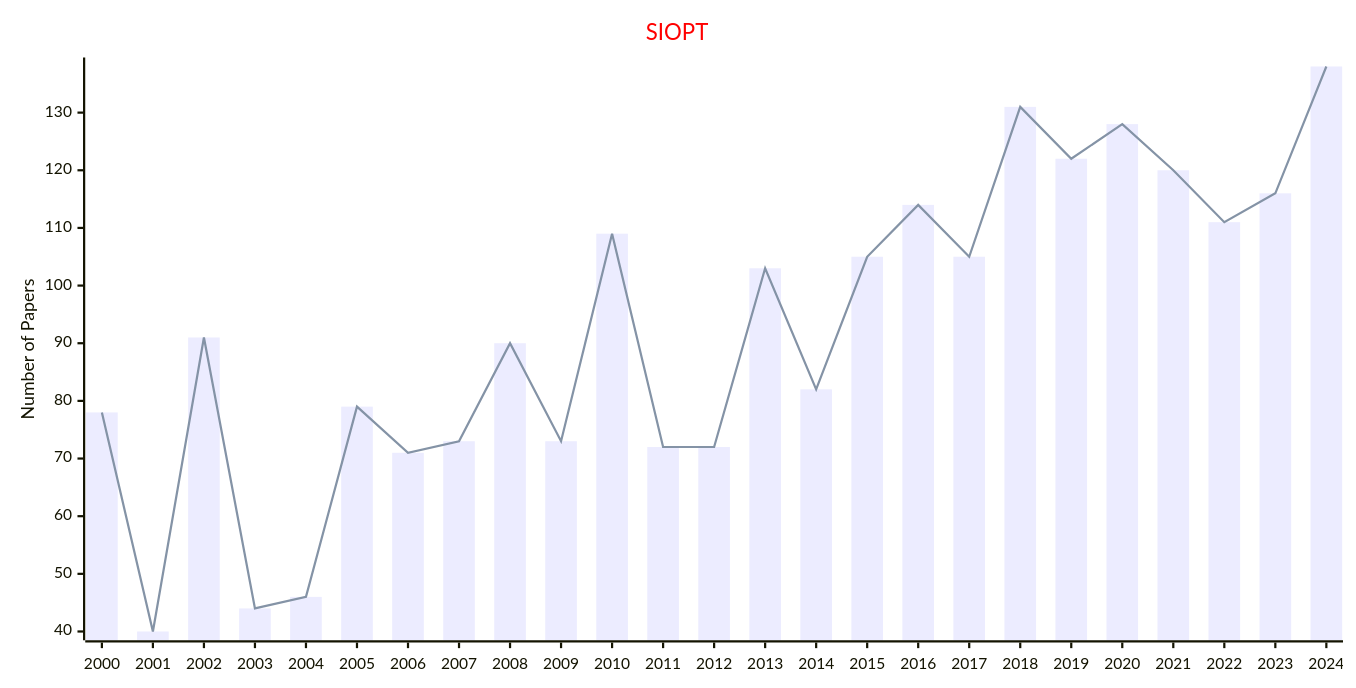
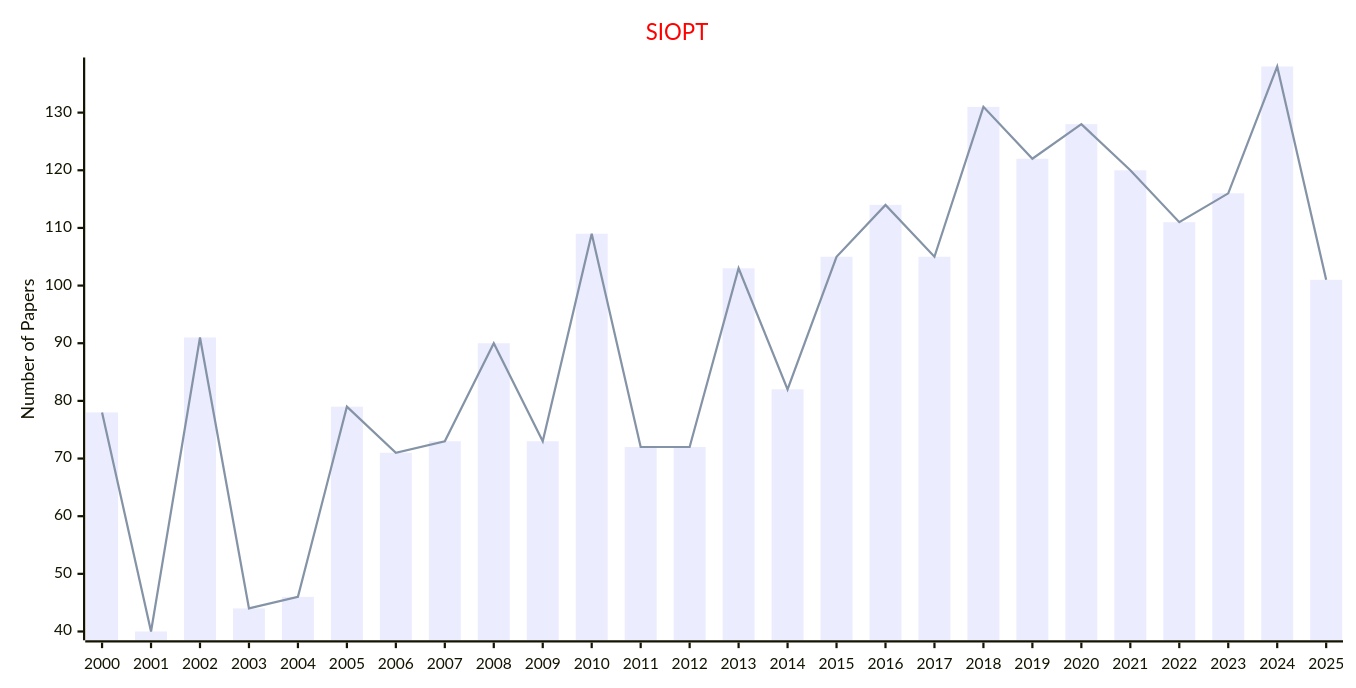
The fourth of 11 diagrams in docs/data/Journals/Statistics_Journals/Optimization.md (Easy-PhD/AILinks), drawn with Mermaid before and after one commit. The commit also changed other lines of this file and 93 other files, not shown here.

````diff
--- a/docs/data/Journals/Statistics_Journals/Optimization.md
+++ b/docs/data/Journals/Statistics_Journals/Optimization.md
@@ -81,17 +81,17 @@
 ```mermaid
 ---
 config:
     xyChart:
         width: 1200
         height: 600
     themeVariables:
         xyChart:
             titleColor: "#ff0000"
 ---
 xychart-beta
     title "SIOPT"
-    x-axis [2000, 2001, 2002, 2003, 2004, 2005, 2006, 2007, 2008, 2009, 2010, 2011, 2012, 2013, 2014, 2015, 2016, 2017, 2018, 2019, 2020, 2021, 2022, 2023, 2024]
+    x-axis [2000, 2001, 2002, 2003, 2004, 2005, 2006, 2007, 2008, 2009, 2010, 2011, 2012, 2013, 2014, 2015, 2016, 2017, 2018, 2019, 2020, 2021, 2022, 2023, 2024, 2025]
     y-axis "Number of Papers"
-    bar [78, 40, 91, 44, 46, 79, 71, 73, 90, 73, 109, 72, 72, 103, 82, 105, 114, 105, 131, 122, 128, 120, 111, 116, 138]
-    line [78, 40, 91, 44, 46, 79, 71, 73, 90, 73, 109, 72, 72, 103, 82, 105, 114, 105, 131, 122, 128, 120, 111, 116, 138]
+    bar [78, 40, 91, 44, 46, 79, 71, 73, 90, 73, 109, 72, 72, 103, 82, 105, 114, 105, 131, 122, 128, 120, 111, 116, 138, 101]
+    line [78, 40, 91, 44, 46, 79, 71, 73, 90, 73, 109, 72, 72, 103, 82, 105, 114, 105, 131, 122, 128, 120, 111, 116, 138, 101]
 ```
````
